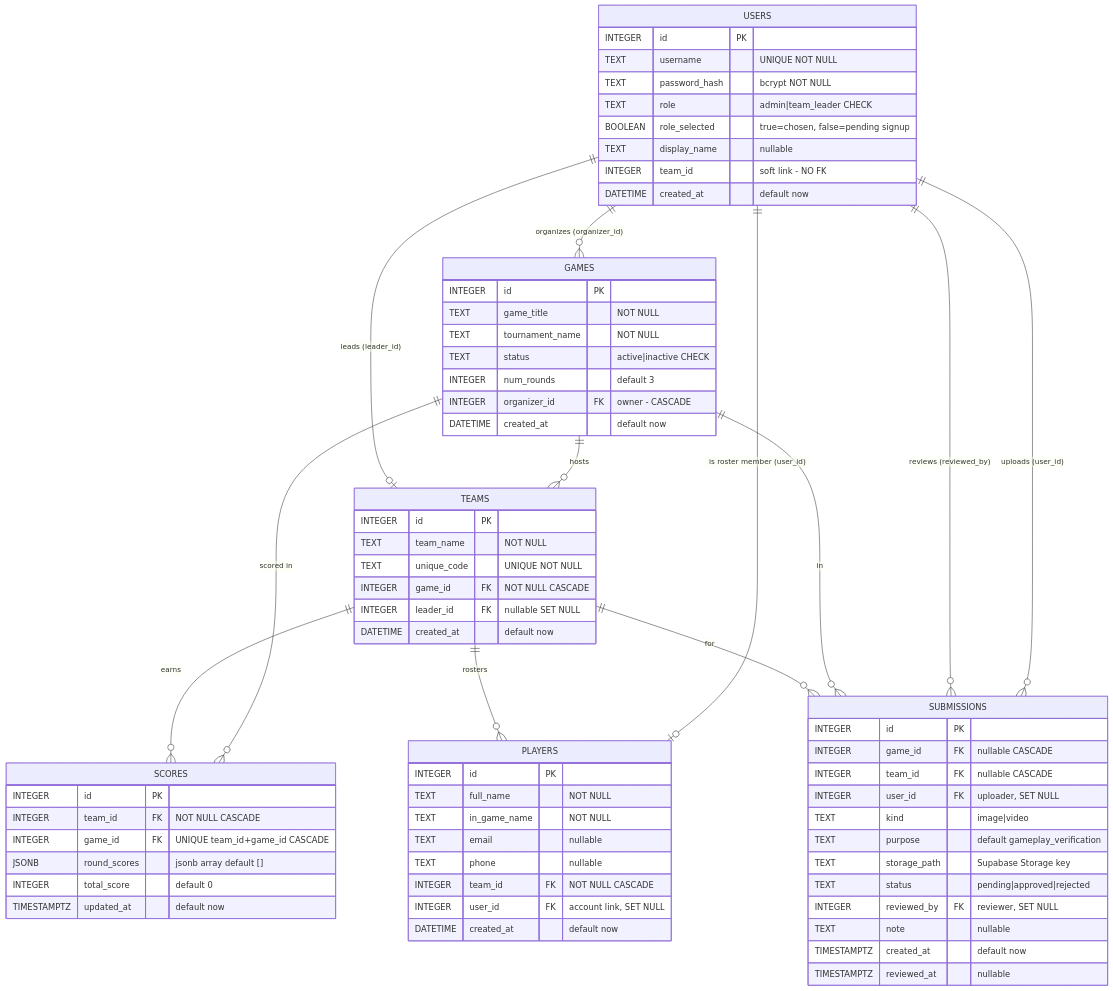
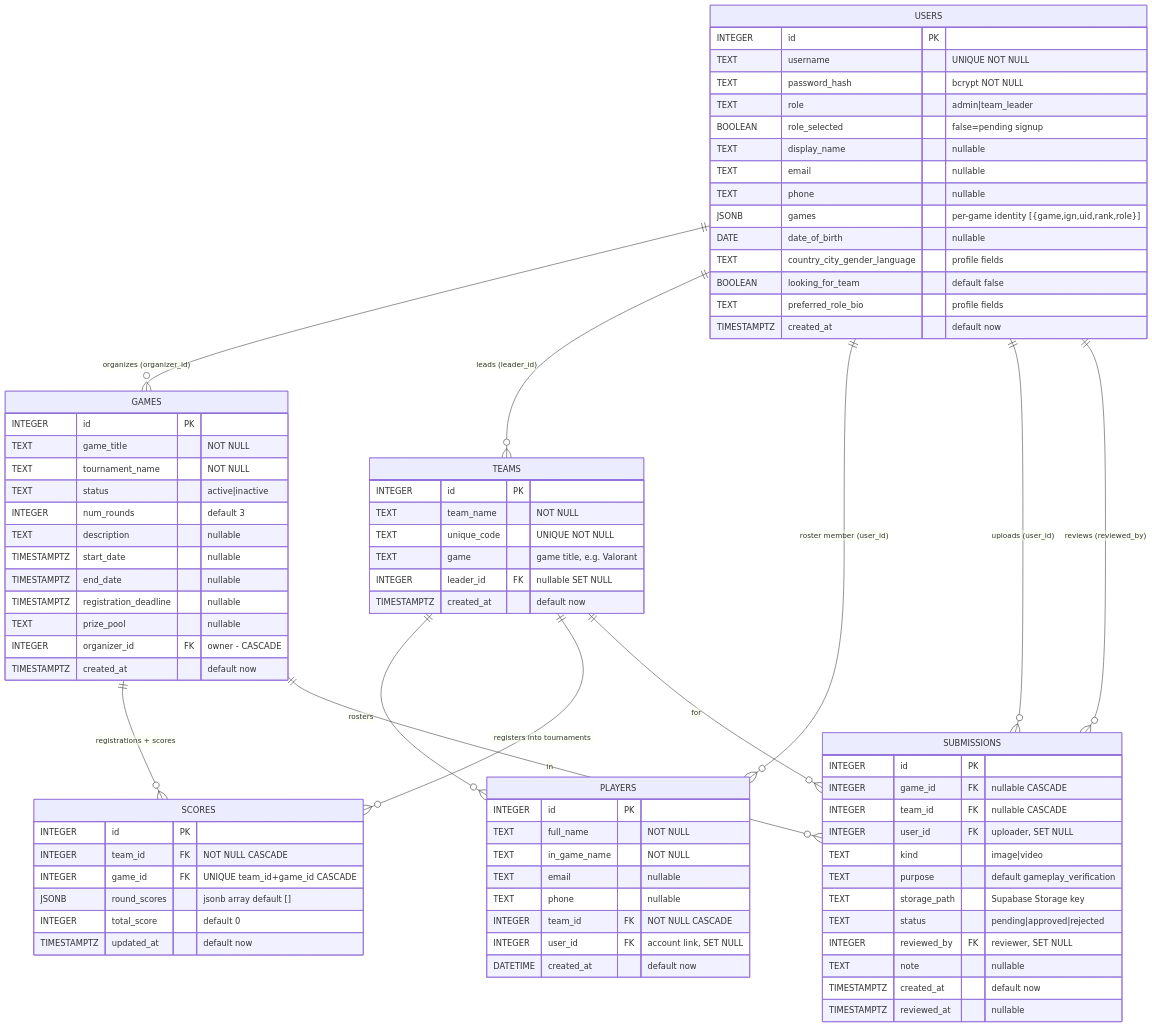
One commit to friday-9007/GGBoard changed the third of 4 diagrams in ARCHITECTURE.md. Above: the diagram before and after it, drawn with Mermaid. The commit also changed other lines of this file and 15 other files, not shown here.

Commit message:
feat: update player dashboard, auth middleware, Prisma schema, scoreboard, and docs

````diff
--- a/ARCHITECTURE.md
+++ b/ARCHITECTURE.md
@@ -125,12 +125,11 @@
 ```mermaid
 erDiagram
     USERS ||--o{ GAMES : "organizes (organizer_id)"
-    GAMES ||--o{ TEAMS : "hosts"
-    GAMES ||--o{ SCORES : "scored in"
-    USERS ||--o| TEAMS : "leads (leader_id)"
-    USERS ||--o| PLAYERS : "is roster member (user_id)"
+    USERS ||--o{ TEAMS : "leads (leader_id)"
+    USERS ||--o{ PLAYERS : "roster member (user_id)"
     TEAMS ||--o{ PLAYERS : "rosters"
-    TEAMS ||--o{ SCORES : "earns"
+    TEAMS ||--o{ SCORES : "registers into tournaments"
+    GAMES ||--o{ SCORES : "registrations + scores"
     USERS ||--o{ SUBMISSIONS : "uploads (user_id)"
     USERS ||--o{ SUBMISSIONS : "reviews (reviewed_by)"
     GAMES ||--o{ SUBMISSIONS : "in"
@@ -140,28 +139,39 @@
         INTEGER id PK
         TEXT game_title "NOT NULL"
         TEXT tournament_name "NOT NULL"
-        TEXT status "active|inactive CHECK"
+        TEXT status "active|inactive"
         INTEGER num_rounds "default 3"
+        TEXT description "nullable"
+        TIMESTAMPTZ start_date "nullable"
+        TIMESTAMPTZ end_date "nullable"
+        TIMESTAMPTZ registration_deadline "nullable"
+        TEXT prize_pool "nullable"
         INTEGER organizer_id FK "owner - CASCADE"
-        DATETIME created_at "default now"
+        TIMESTAMPTZ created_at "default now"
     }
     USERS {
         INTEGER id PK
         TEXT username "UNIQUE NOT NULL"
         TEXT password_hash "bcrypt NOT NULL"
-        TEXT role "admin|team_leader CHECK"
-        BOOLEAN role_selected "true=chosen, false=pending signup"
+        TEXT role "admin|team_leader"
+        BOOLEAN role_selected "false=pending signup"
         TEXT display_name "nullable"
-        INTEGER team_id "soft link - NO FK"
-        DATETIME created_at "default now"
+        TEXT email "nullable"
+        TEXT phone "nullable"
+        JSONB games "per-game identity [{game,ign,uid,rank,role}]"
+        DATE date_of_birth "nullable"
+        TEXT country_city_gender_language "profile fields"
+        BOOLEAN looking_for_team "default false"
+        TEXT preferred_role_bio "profile fields"
+        TIMESTAMPTZ created_at "default now"
     }
     TEAMS {
         INTEGER id PK
         TEXT team_name "NOT NULL"
         TEXT unique_code "UNIQUE NOT NULL"
-        INTEGER game_id FK "NOT NULL CASCADE"
+        TEXT game "game title, e.g. Valorant"
         INTEGER leader_id FK "nullable SET NULL"
-        DATETIME created_at "default now"
+        TIMESTAMPTZ created_at "default now"
     }
     PLAYERS {
         INTEGER id PK
````
